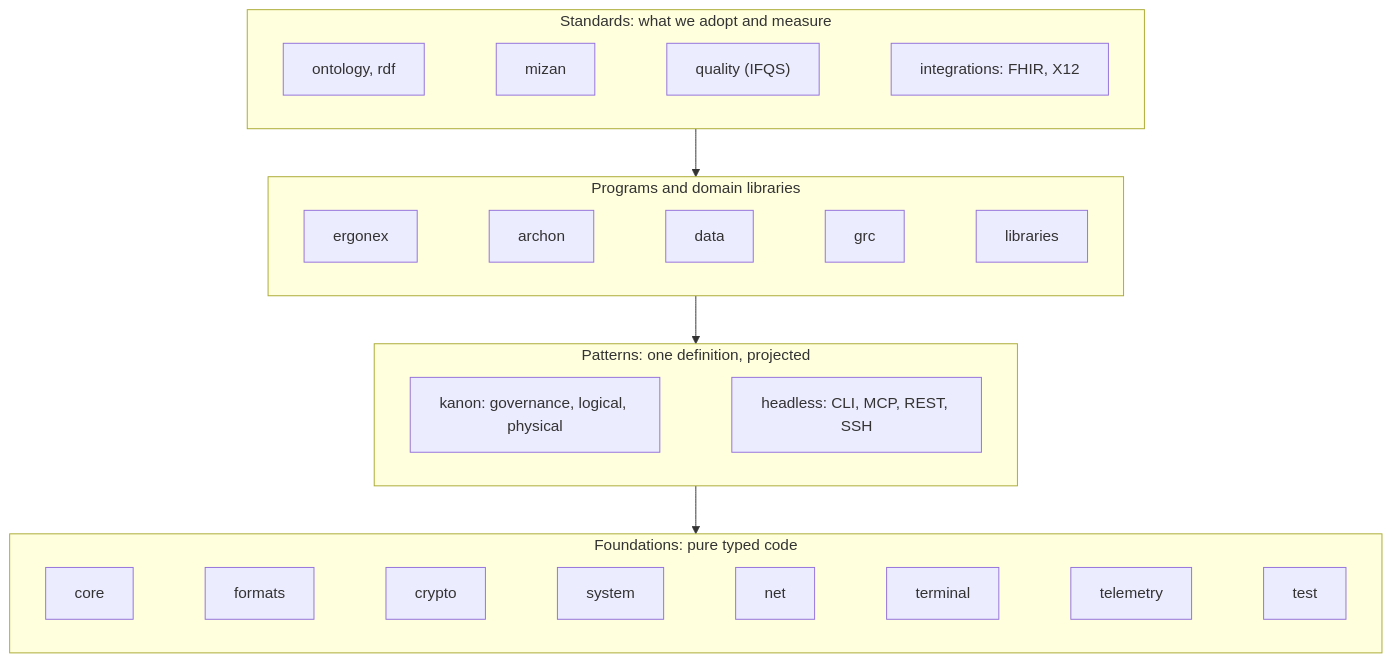
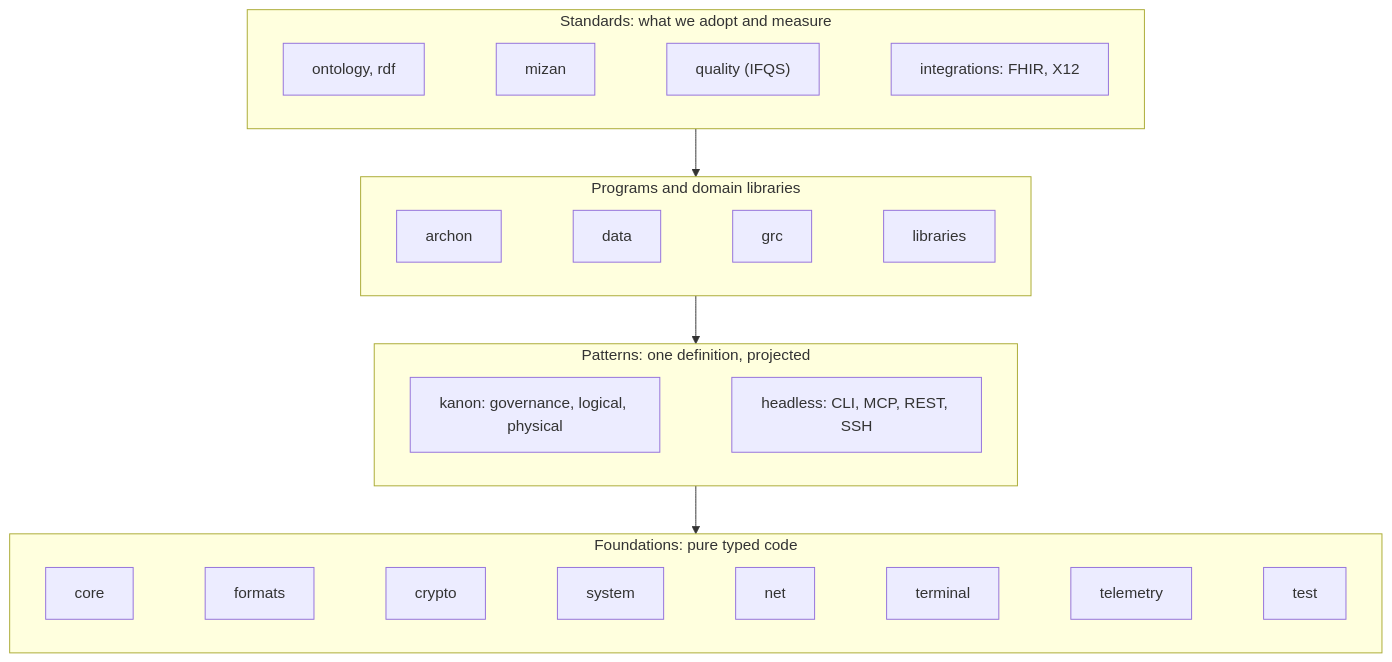
The first of 2 diagrams in README.md (intellectual-frontiers/.github), drawn with Mermaid before and after one commit. The commit also changed other lines of this file and 286 other files, not shown here.

````diff
--- a/README.md
+++ b/README.md
@@ -15,22 +15,22 @@
 ```mermaid
 flowchart TB
   subgraph standards["Standards: what we adopt and measure"]
     direction LR
     ontology["ontology, rdf"] ~~~ mizan["mizan"] ~~~ quality["quality (IFQS)"] ~~~ integ["integrations: FHIR, X12"]
   end
   subgraph programs["Programs and domain libraries"]
     direction LR
-    ergonex["ergonex"] ~~~ archon["archon"] ~~~ data["data"] ~~~ grc["grc"] ~~~ libraries["libraries"]
+    archon["archon"] ~~~ data["data"] ~~~ grc["grc"] ~~~ libraries["libraries"]
   end
   subgraph patterns["Patterns: one definition, projected"]
     direction LR
     kanon["kanon: governance, logical, physical"] ~~~ headless["headless: CLI, MCP, REST, SSH"]
   end
   subgraph foundations["Foundations: pure typed code"]
     direction LR
     core["core"] ~~~ formats["formats"] ~~~ crypto["crypto"] ~~~ system["system"] ~~~ net["net"] ~~~ terminal["terminal"] ~~~ telemetry["telemetry"] ~~~ test["test"]
   end
   standards --> programs
   programs --> patterns
   patterns --> foundations
 ```
````
